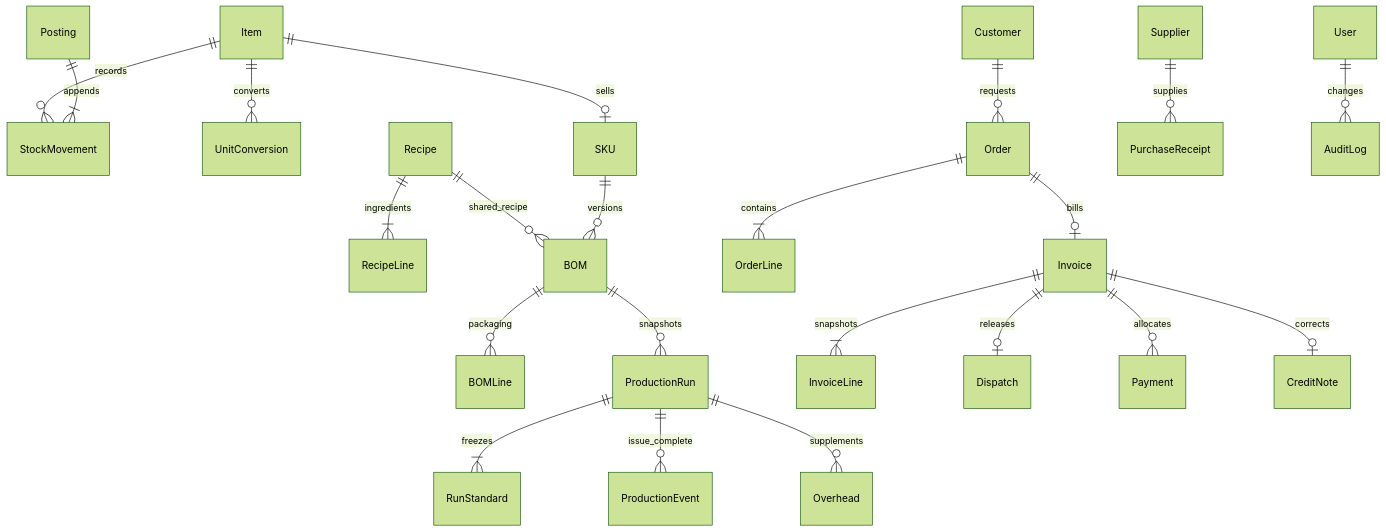
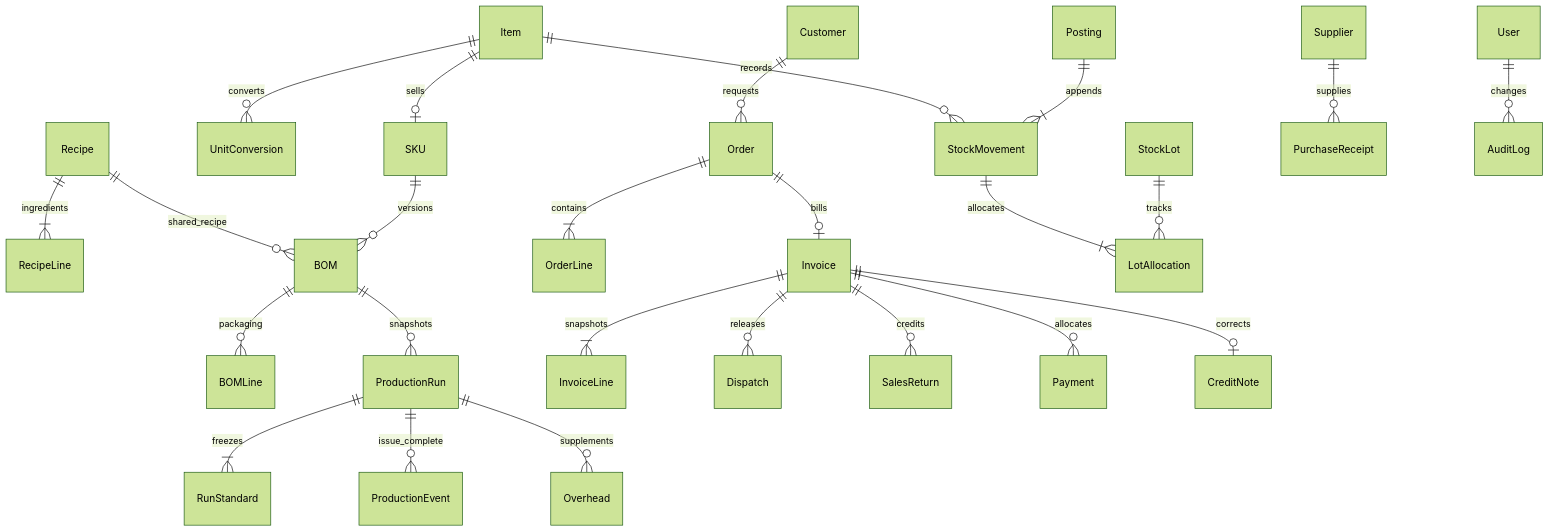
Before and after one commit to armash66/order-to-audit: the diagram in docs/design.md, drawn with Mermaid (forest theme). The commit also changed other lines of this file and 10 other files, not shown here.

````diff
--- a/docs/design.md
+++ b/docs/design.md
@@ -5,24 +5,27 @@
 ```mermaid
 erDiagram
   Item ||--o{ StockMovement : records
   Item ||--o{ UnitConversion : converts
   Item ||--o| SKU : sells
   Recipe ||--|{ RecipeLine : ingredients
   Recipe ||--o{ BOM : shared_recipe
   SKU ||--o{ BOM : versions
   BOM ||--o{ BOMLine : packaging
   BOM ||--o{ ProductionRun : snapshots
   ProductionRun ||--|{ RunStandard : freezes
   ProductionRun ||--o{ ProductionEvent : issue_complete
   ProductionRun ||--o{ Overhead : supplements
   Customer ||--o{ Order : requests
   Order ||--|{ OrderLine : contains
   Order ||--o| Invoice : bills
   Invoice ||--|{ InvoiceLine : snapshots
-  Invoice ||--o| Dispatch : releases
+  Invoice ||--o{ Dispatch : releases
+  Invoice ||--o{ SalesReturn : credits
+  StockMovement ||--|{ LotAllocation : allocates
+  StockLot ||--o{ LotAllocation : tracks
   Invoice ||--o{ Payment : allocates
   Invoice ||--o| CreditNote : corrects
   Supplier ||--o{ PurchaseReceipt : supplies
   Posting ||--|{ StockMovement : appends
   User ||--o{ AuditLog : changes
 ```
````
